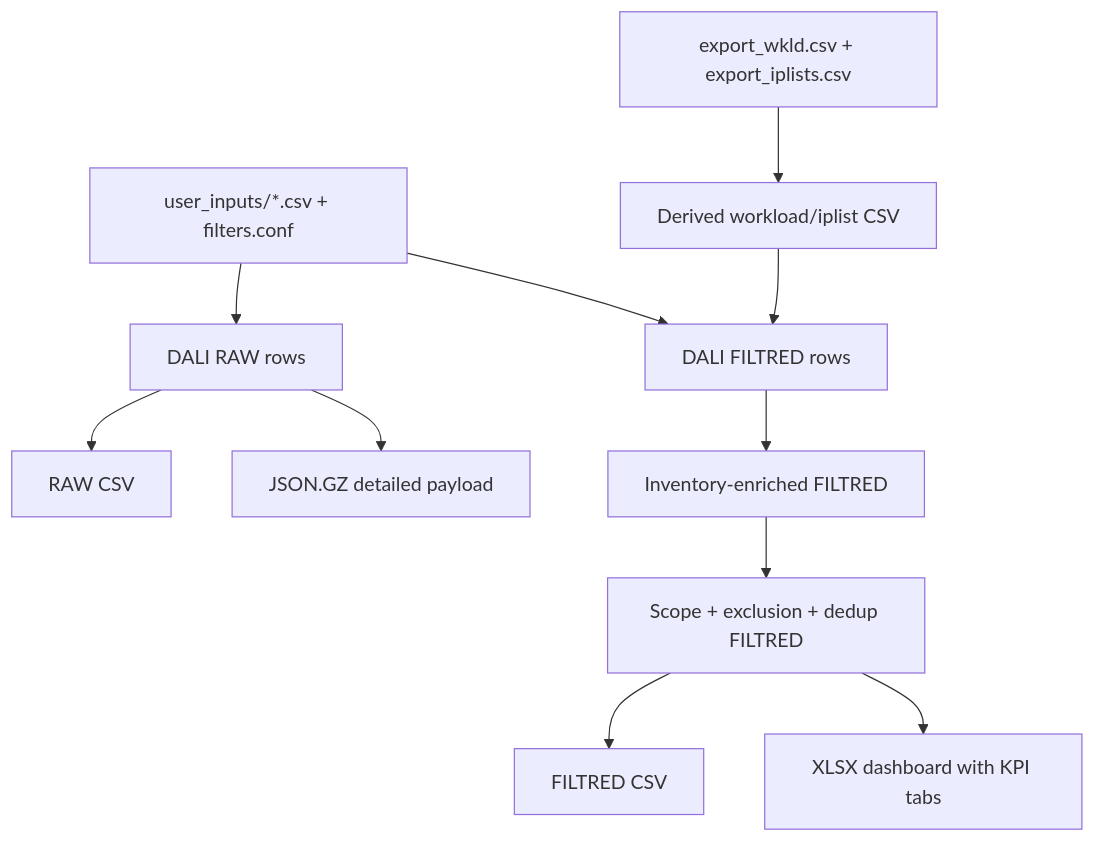
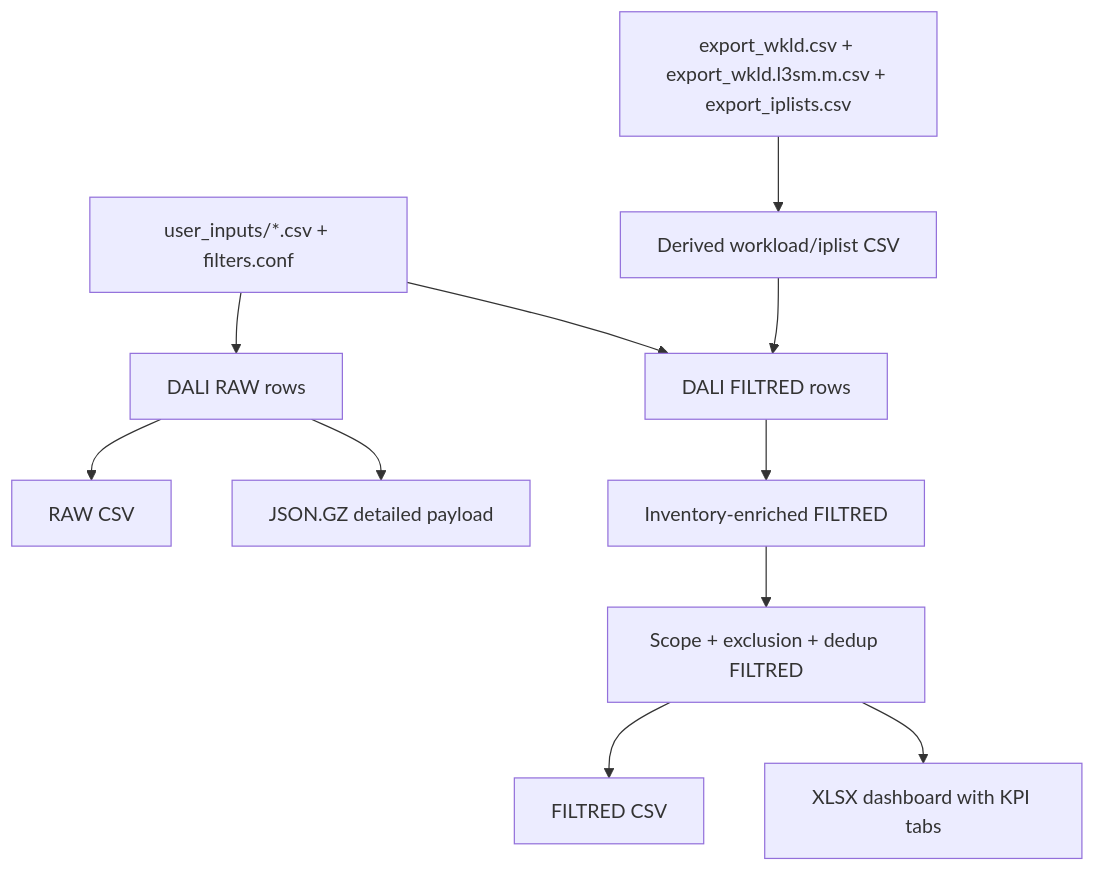
Before and after one commit to AhmedKali1980/kpi-steerco: the fourth of 4 diagrams in docs/KPI_PROCESS_FLOWCHART.md, drawn with Mermaid. The commit also changed other lines of this file and 5 other files, not shown here.

Commit message:
Add L3SM managed workload export and merge into main workload CSV

````diff
--- a/docs/KPI_PROCESS_FLOWCHART.md
+++ b/docs/KPI_PROCESS_FLOWCHART.md
@@ -96,13 +96,13 @@
 ```mermaid
 flowchart TB
     I1[user_inputs/*.csv + filters.conf] --> O1[DALI RAW rows]
     I1 --> O2[DALI FILTRED rows]
-    P1[export_wkld.csv + export_iplists.csv] --> P2[Derived workload/iplist CSV]
+    P1[export_wkld.csv + export_wkld.l3sm.m.csv + export_iplists.csv] --> P2[Derived workload/iplist CSV]
     P2 --> O2
     O2 --> O3[Inventory-enriched FILTRED]
     O3 --> O4[Scope + exclusion + dedup FILTRED]
     O1 --> R1[RAW CSV]
     O4 --> R2[FILTRED CSV]
     O1 --> R3[JSON.GZ detailed payload]
     O4 --> R4[XLSX dashboard with KPI tabs]
 ```
````
